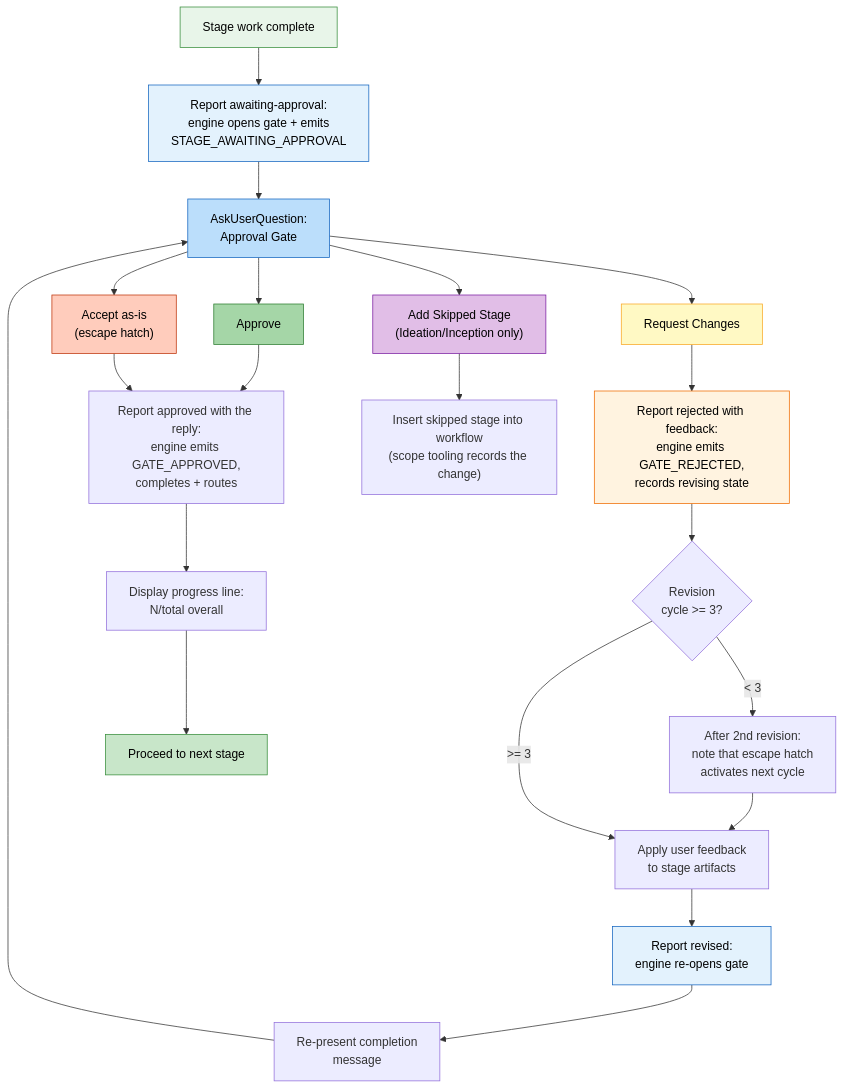
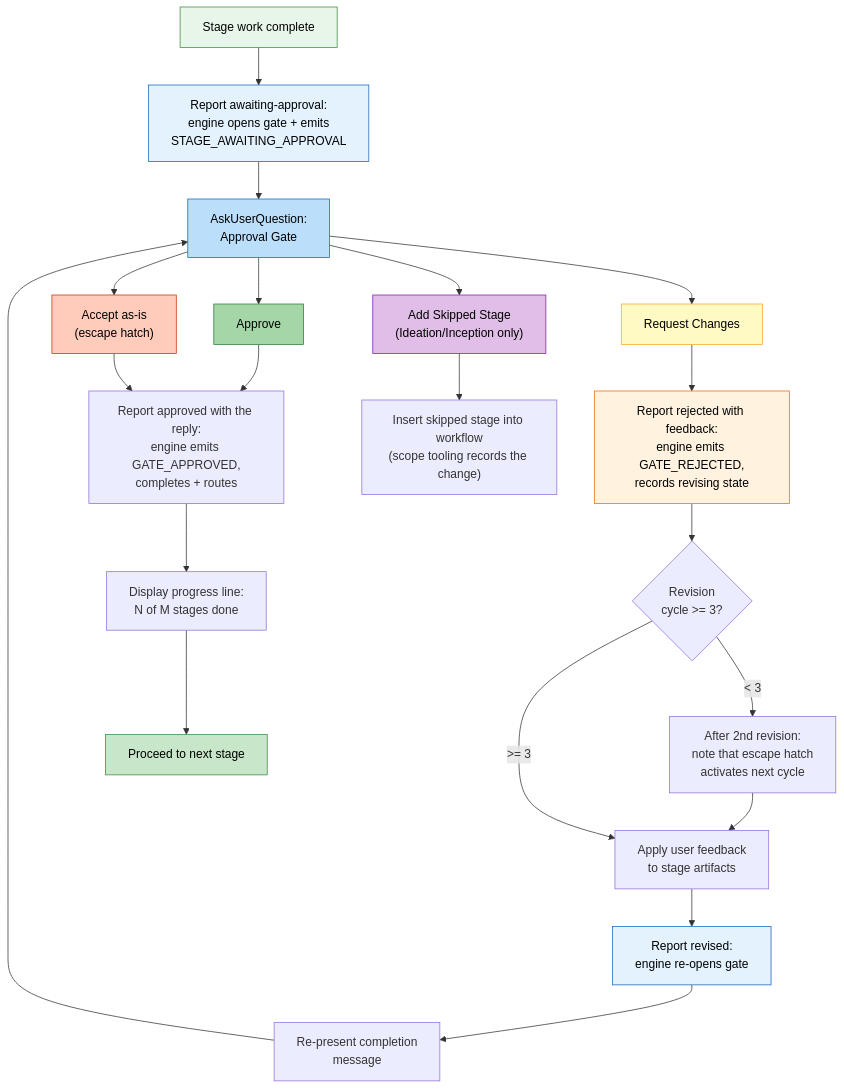
One commit to otomatty/aidlc-guide changed the tenth of 12 diagrams in docs/reference/en/diagrams.md. Above: the diagram before and after it, drawn with Mermaid. The commit also changed other lines of this file and 740 other files, not shown here.

````diff
--- a/docs/reference/en/diagrams.md
+++ b/docs/reference/en/diagrams.md
@@ -492,51 +492,51 @@
 ```mermaid
 flowchart TD
     COMPLETE["Stage work complete"]
     REPORT_AWAITING["Report awaiting-approval:\nengine opens gate + emits\nSTAGE_AWAITING_APPROVAL"]
     ASK["AskUserQuestion:\nApproval Gate"]
 
     APPROVE["Approve"]
     CHANGES["Request Changes"]
     ACCEPT["Accept as-is\n(escape hatch)"]
     ADD_STAGE["Add Skipped Stage\n(Ideation/Inception only)"]
 
     REVISION_COUNT{"Revision\ncycle >= 3?"}
     NOTE_2ND["After 2nd revision:\nnote that escape hatch\nactivates next cycle"]
 
     REPORT_APPROVED["Report approved with the reply:\nengine emits GATE_APPROVED,\ncompletes + routes"]
     REPORT_REJECTED["Report rejected with feedback:\nengine emits GATE_REJECTED,\nrecords revising state"]
     REPORT_REVISED["Report revised:\nengine re-opens gate"]
-    PROGRESS["Display progress line:\nN/total overall"]
+    PROGRESS["Display progress line:\nN of M stages done"]
     NEXT_STAGE["Proceed to next stage"]
 
     REVISE["Apply user feedback\nto stage artifacts"]
     RE_PRESENT["Re-present completion\nmessage"]
 
     ADD_EXEC["Insert skipped stage into workflow\n(scope tooling records the change)"]
 
     COMPLETE --> REPORT_AWAITING --> ASK
     ASK --> APPROVE
     ASK --> CHANGES
     ASK --> ACCEPT
     ASK --> ADD_STAGE
 
     APPROVE --> REPORT_APPROVED --> PROGRESS --> NEXT_STAGE
     ACCEPT --> REPORT_APPROVED
 
     CHANGES --> REPORT_REJECTED --> REVISION_COUNT
     REVISION_COUNT -->|"< 3"| NOTE_2ND --> REVISE --> REPORT_REVISED --> RE_PRESENT --> ASK
     REVISION_COUNT -->|">= 3"| REVISE
 
     ADD_STAGE --> ADD_EXEC
 
     style COMPLETE fill:#e8f5e9,stroke:#388e3c,color:#000
     style REPORT_AWAITING fill:#e3f2fd,stroke:#1565c0,color:#000
     style ASK fill:#bbdefb,stroke:#1565c0,color:#000
     style APPROVE fill:#a5d6a7,stroke:#2e7d32,color:#000
     style CHANGES fill:#fff9c4,stroke:#f9a825,color:#000
     style REPORT_REJECTED fill:#fff3e0,stroke:#ef6c00,color:#000
     style REPORT_REVISED fill:#e3f2fd,stroke:#1565c0,color:#000
     style ACCEPT fill:#ffccbc,stroke:#bf360c,color:#000
     style ADD_STAGE fill:#e1bee7,stroke:#7b1fa2,color:#000
     style NEXT_STAGE fill:#c8e6c9,stroke:#388e3c,color:#000
 ```
````
